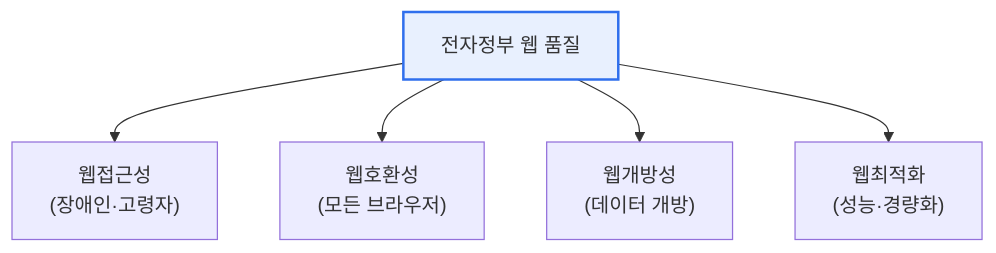
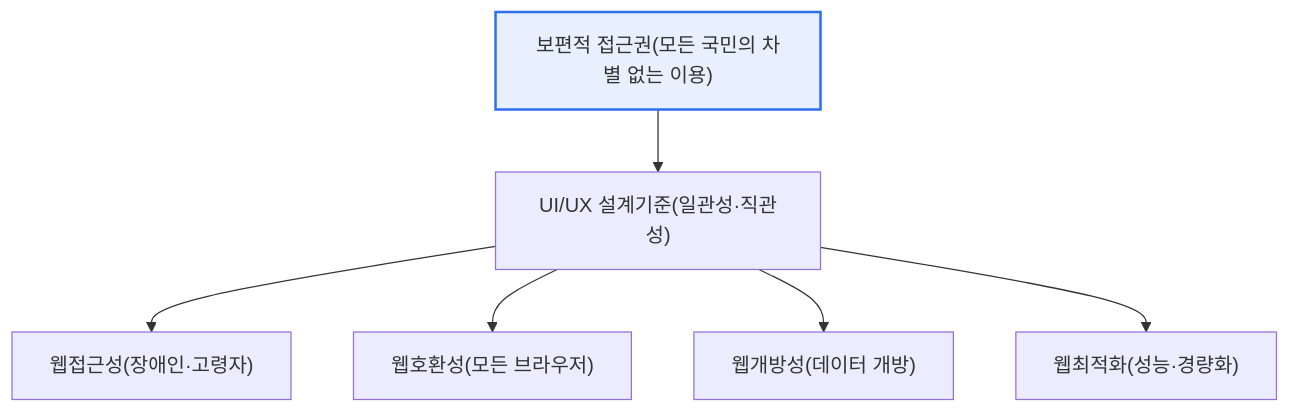
The first of 2 diagrams in content/web-quality-standard.md (coninggu/wjdqhrhksflrltnftk), drawn with Mermaid before and after one commit. The commit also changed other lines of this file and 3 other files, not shown here.

````diff
--- a/content/web-quality-standard.md
+++ b/content/web-quality-standard.md
@@ -15,8 +24,9 @@
 ```mermaid
 flowchart TB
-  Q[전자정부 웹 품질] --> A["웹접근성<br/>(장애인·고령자)"]
-  Q --> C["웹호환성<br/>(모든 브라우저)"]
-  Q --> O["웹개방성<br/>(데이터 개방)"]
-  Q --> P["웹최적화<br/>(성능·경량화)"]
-  style Q fill:#e8f0fe,stroke:#2f6fed,stroke-width:2px
+  G["보편적 접근권(모든 국민의 차별 없는 이용)"] --> UX["UI/UX 설계기준(일관성·직관성)"]
+  UX --> A["웹접근성(장애인·고령자)"]
+  UX --> C["웹호환성(모든 브라우저)"]
+  UX --> O["웹개방성(데이터 개방)"]
+  UX --> P["웹최적화(성능·경량화)"]
+  style G fill:#e8f0fe,stroke:#2f6fed,stroke-width:2px
 ```
````
